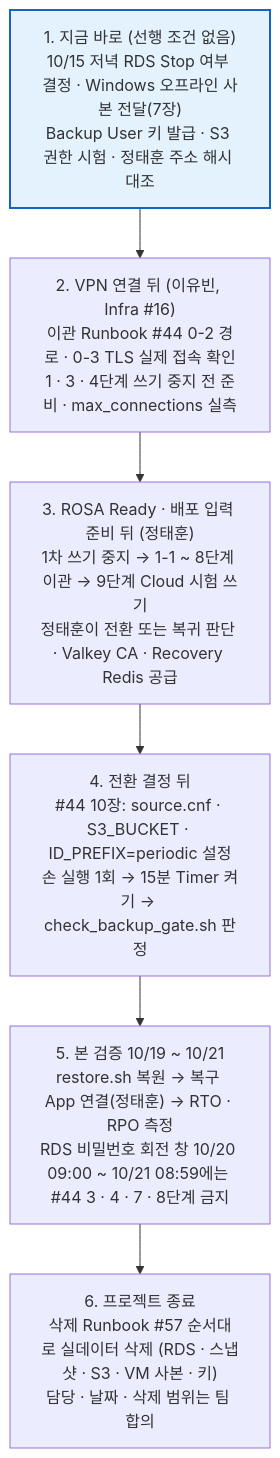
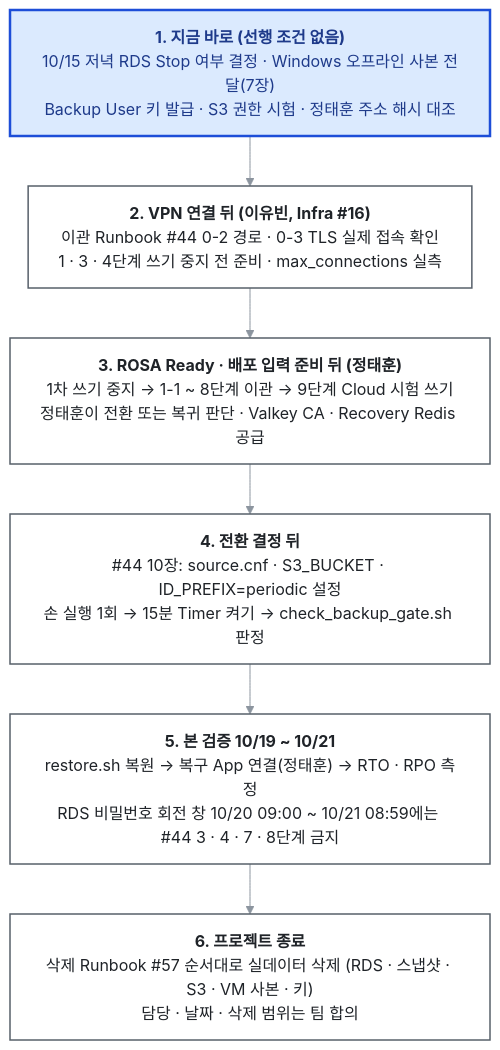
One commit to seokpan/seokpan-hybrid-docs changed the second of 2 diagrams in execution/data-handoff/DATA_HANDOFF_20261013.md. Above: the diagram before and after it, drawn with Mermaid. The commit also changed other lines of this file and 1 other file, not shown here.

Commit message:
docs: 인수인계 Mermaid 그림 다크 모드 가독성 수정

````diff
--- a/execution/data-handoff/DATA_HANDOFF_20261013.md
+++ b/execution/data-handoff/DATA_HANDOFF_20261013.md
@@ -218,12 +219,15 @@
 ```mermaid
+%%{init: {"theme":"base","themeVariables":{"fontSize":"16px","primaryColor":"#ffffff","primaryTextColor":"#1f2328","primaryBorderColor":"#57606a","lineColor":"#8c959f","secondaryColor":"#f6f8fa","tertiaryColor":"#f6f8fa","clusterBkg":"#f6f8fa","clusterBorder":"#d0d7de","edgeLabelBackground":"#ffffff","titleColor":"#1f2328"},"flowchart":{"wrappingWidth":420}}}%%
 flowchart TB
-  S1["1. 지금 바로 (선행 조건 없음)<br/>10/15 저녁 RDS Stop 여부 결정 · Windows 오프라인 사본 전달(7장)<br/>Backup User 키 발급 · S3 권한 시험 · 정태훈 주소 해시 대조"]
-  S2["2. VPN 연결 뒤 (이유빈, Infra #16)<br/>이관 Runbook #44 0-2 경로 · 0-3 TLS 실제 접속 확인<br/>1 · 3 · 4단계 쓰기 중지 전 준비 · max_connections 실측"]
-  S3["3. ROSA Ready · 배포 입력 준비 뒤 (정태훈)<br/>1차 쓰기 중지 → 1-1 ~ 8단계 이관 → 9단계 Cloud 시험 쓰기<br/>정태훈이 전환 또는 복귀 판단 · Valkey CA · Recovery Redis 공급"]
-  S4["4. 전환 결정 뒤<br/>#44 10장: source.cnf · S3_BUCKET · ID_PREFIX=periodic 설정<br/>손 실행 1회 → 15분 Timer 켜기 → check_backup_gate.sh 판정"]
-  S5["5. 본 검증 10/19 ~ 10/21<br/>restore.sh 복원 → 복구 App 연결(정태훈) → RTO · RPO 측정<br/>RDS 비밀번호 회전 창 10/20 09:00 ~ 10/21 08:59에는 #44 3 · 4 · 7 · 8단계 금지"]
-  S6["6. 프로젝트 종료<br/>삭제 Runbook #57 순서대로 실데이터 삭제 (RDS · 스냅샷 · S3 · VM 사본 · 키)<br/>담당 · 날짜 · 삭제 범위는 팀 합의"]
+  S1["<b>1. 지금 바로 (선행 조건 없음)</b><br/>10/15 저녁 RDS Stop 여부 결정 · Windows 오프라인 사본 전달(7장)<br/>Backup User 키 발급 · S3 권한 시험 · 정태훈 주소 해시 대조"]
+  S2["<b>2. VPN 연결 뒤 (이유빈, Infra #16)</b><br/>이관 Runbook #44 0-2 경로 · 0-3 TLS 실제 접속 확인<br/>1 · 3 · 4단계 쓰기 중지 전 준비 · max_connections 실측"]
+  S3["<b>3. ROSA Ready · 배포 입력 준비 뒤 (정태훈)</b><br/>1차 쓰기 중지 → 1-1 ~ 8단계 이관 → 9단계 Cloud 시험 쓰기<br/>정태훈이 전환 또는 복귀 판단 · Valkey CA · Recovery Redis 공급"]
+  S4["<b>4. 전환 결정 뒤</b><br/>#44 10장: source.cnf · S3_BUCKET · ID_PREFIX=periodic 설정<br/>손 실행 1회 → 15분 Timer 켜기 → check_backup_gate.sh 판정"]
+  S5["<b>5. 본 검증 10/19 ~ 10/21</b><br/>restore.sh 복원 → 복구 App 연결(정태훈) → RTO · RPO 측정<br/>RDS 비밀번호 회전 창 10/20 09:00 ~ 10/21 08:59에는 #44 3 · 4 · 7 · 8단계 금지"]
+  S6["<b>6. 프로젝트 종료</b><br/>삭제 Runbook #57 순서대로 실데이터 삭제 (RDS · 스냅샷 · S3 · VM 사본 · 키)<br/>담당 · 날짜 · 삭제 범위는 팀 합의"]
   S1 --> S2 --> S3 --> S4 --> S5 --> S6
-  classDef now fill:#e3f2fd,stroke:#1565c0,stroke-width:2px;
+  classDef now fill:#dbeafe,stroke:#1d4ed8,stroke-width:2.5px,color:#1e3a8a;
   class S1 now;
+  classDef box fill:#ffffff,stroke:#57606a,stroke-width:1.5px,color:#1f2328;
+  class S2,S3,S4,S5,S6 box;
 ```
````
